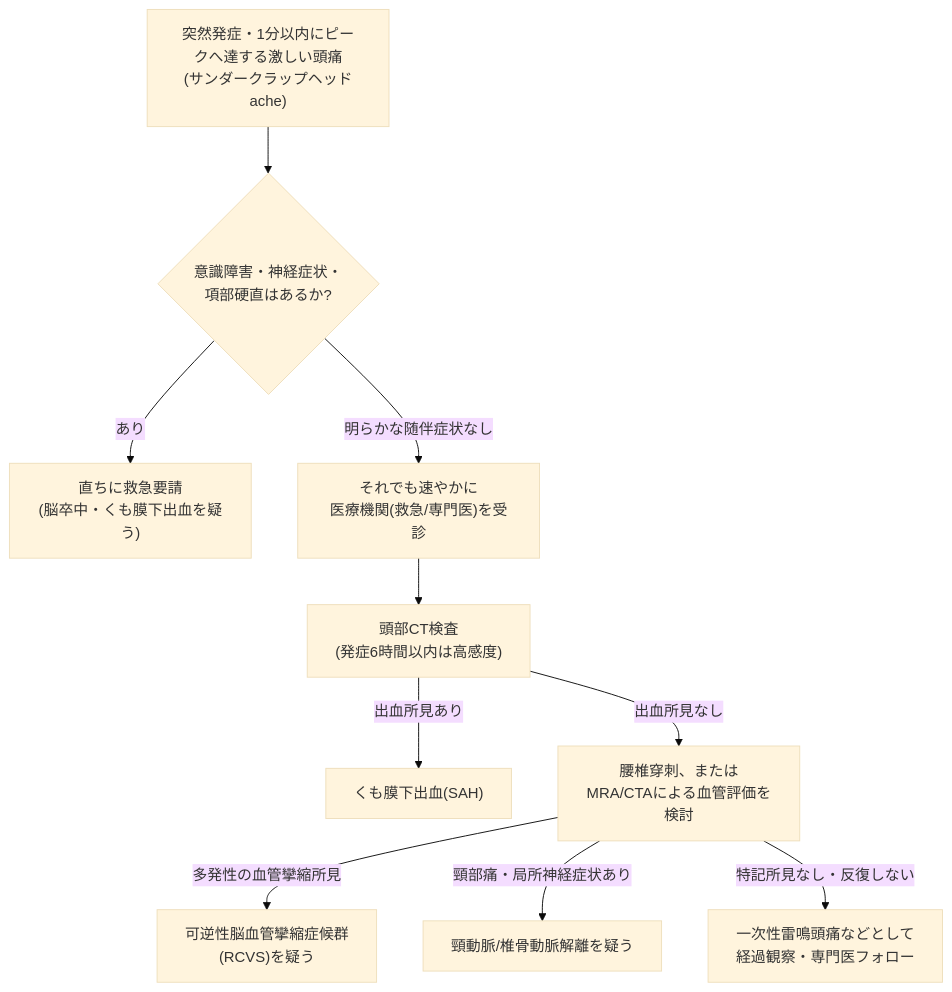
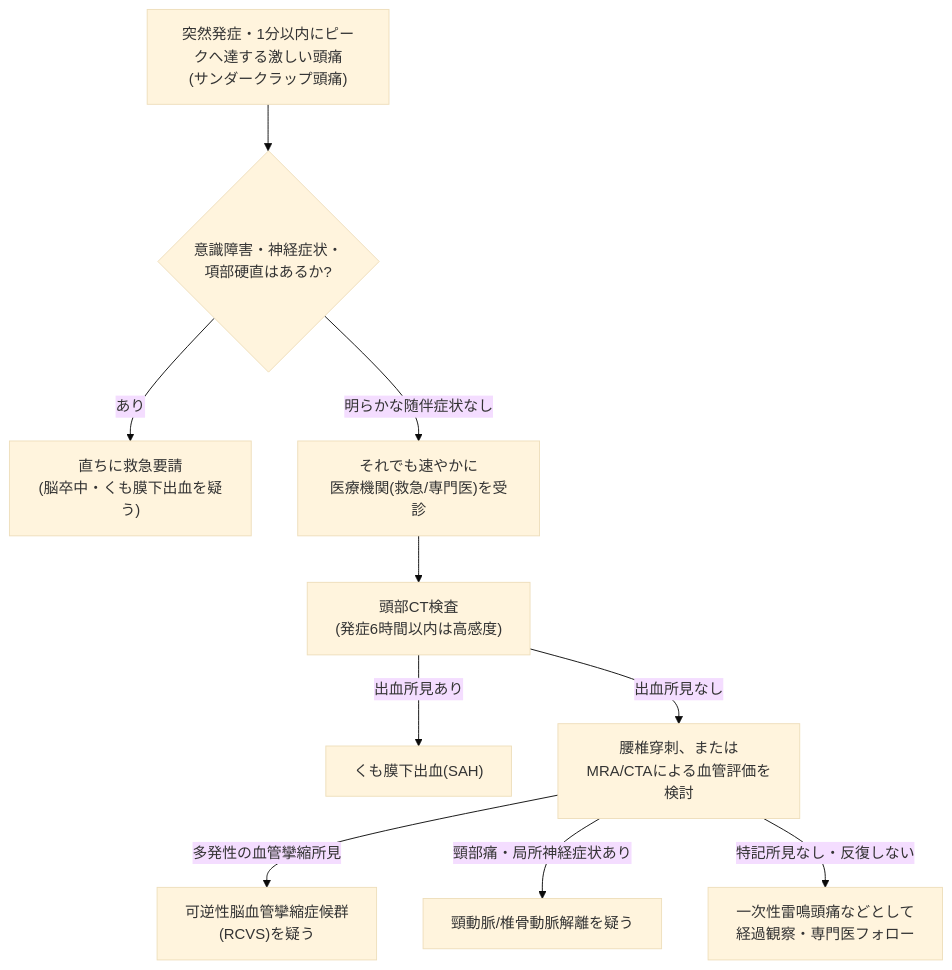
The fifth of 5 diagrams in Vascular-headache.md (myoshi2891/Medical-Studies), drawn with Mermaid (base theme) before and after one commit. The commit also changed other lines of this file and 2 other files, not shown here.

````diff
--- a/Vascular-headache.md
+++ b/Vascular-headache.md
@@ -202,12 +202,12 @@
 ```mermaid
 flowchart TD
-    A["突然発症・1分以内にピークへ達する激しい頭痛\n(サンダークラップヘッドache)"] --> B{"意識障害・神経症状・\n項部硬直はあるか?"}
+    A["突然発症・1分以内にピークへ達する激しい頭痛\n(サンダークラップ頭痛)"] --> B{"意識障害・神経症状・\n項部硬直はあるか?"}
     B -->|"あり"| C["直ちに救急要請\n(脳卒中・くも膜下出血を疑う)"]
     B -->|"明らかな随伴症状なし"| D["それでも速やかに\n医療機関(救急/専門医)を受診"]
     D --> E["頭部CT検査\n(発症6時間以内は高感度)"]
     E -->|"出血所見あり"| F["くも膜下出血(SAH)"]
     E -->|"出血所見なし"| G["腰椎穿刺、または\nMRA/CTAによる血管評価を検討"]
     G -->|"多発性の血管攣縮所見"| H["可逆性脳血管攣縮症候群\n(RCVS)を疑う"]
     G -->|"頸部痛・局所神経症状あり"| I["頸動脈/椎骨動脈解離を疑う"]
     G -->|"特記所見なし・反復しない"| J["一次性雷鳴頭痛などとして\n経過観察・専門医フォロー"]
 ```
````
